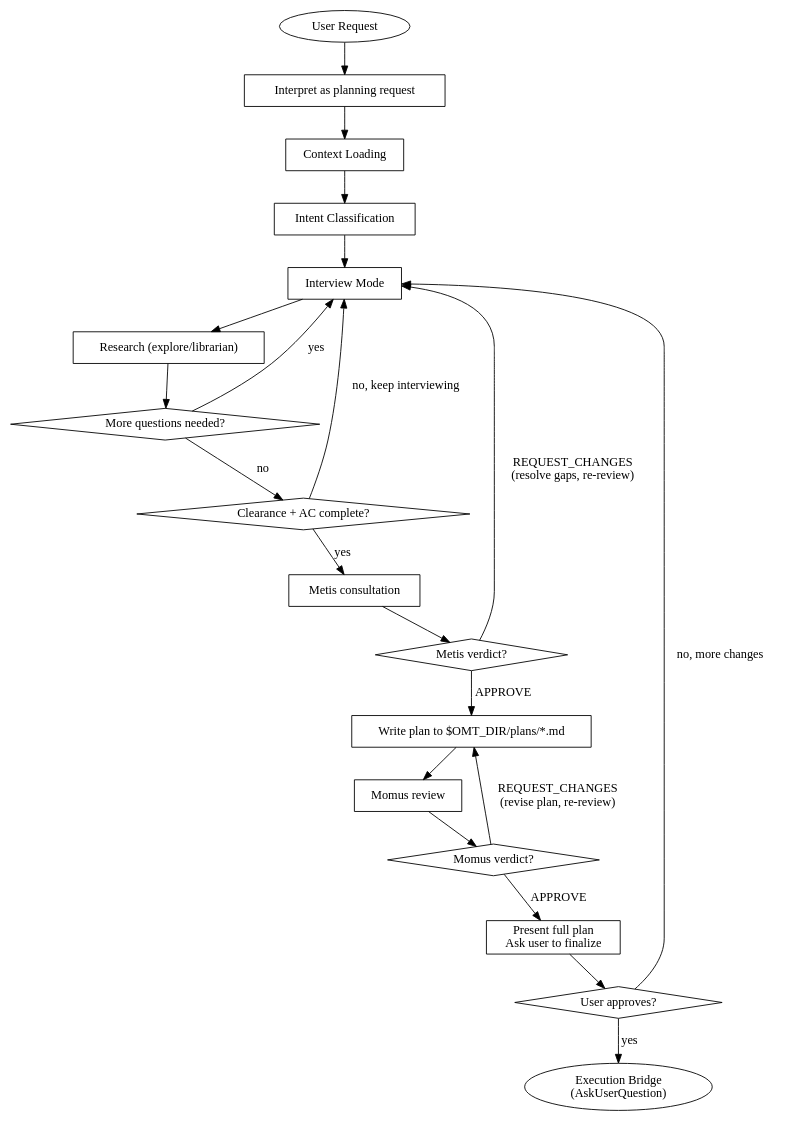
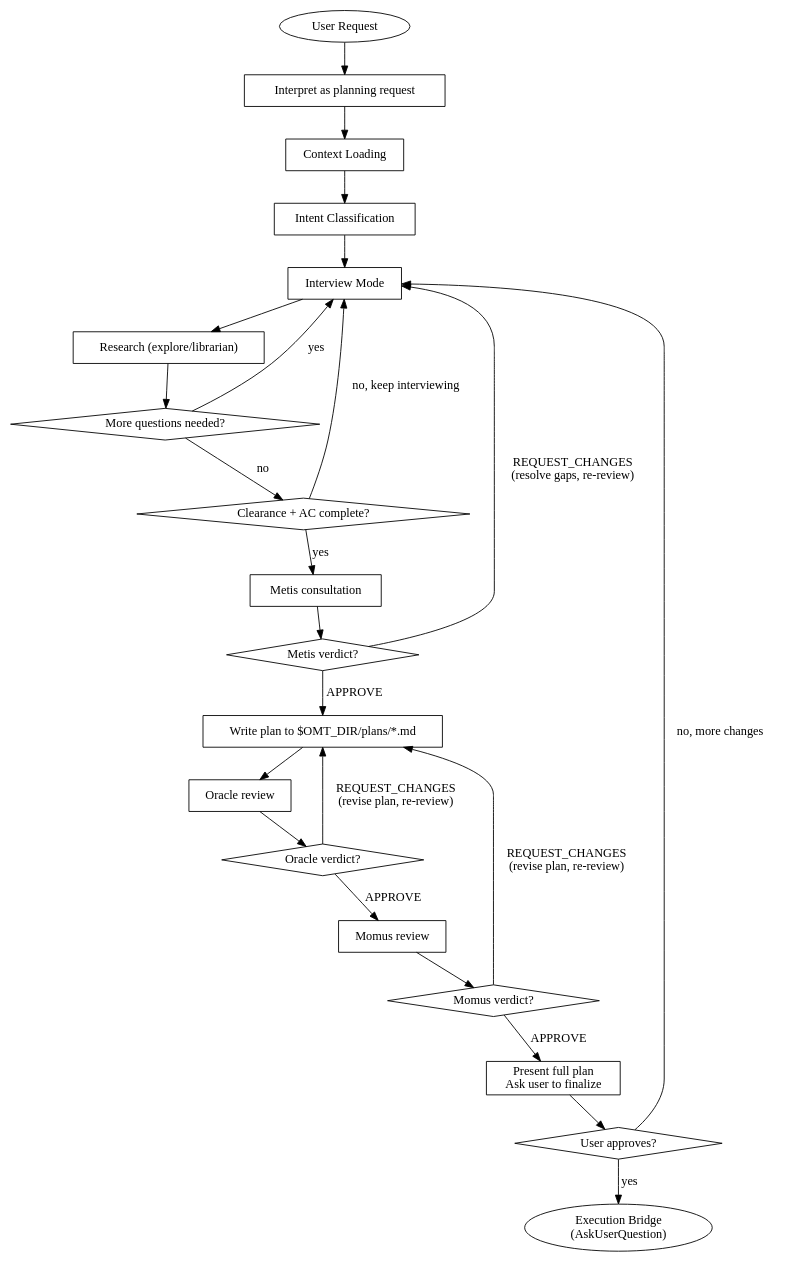
Before and after one commit to toongri/oh-my-toong-playground: the diagram in skills/prometheus/SKILL.md, drawn with Graphviz. The commit also changed other lines of this file, not shown here.

Commit message:
feat: prometheus Oracle 검증 단계 추가

````diff
--- a/skills/prometheus/SKILL.md
+++ b/skills/prometheus/SKILL.md
@@ -51,42 +51,47 @@
 ```dot
 digraph prometheus_flow {
     rankdir=TB;
     "User Request" [shape=ellipse];
     "Interpret as planning request" [shape=box];
     "Context Loading" [shape=box];
     "Intent Classification" [shape=box];
     "Interview Mode" [shape=box];
     "Research (explore/librarian)" [shape=box];
     "More questions needed?" [shape=diamond];
     "Clearance + AC complete?" [shape=diamond];
     "Metis consultation" [shape=box];
     "Metis verdict?" [shape=diamond];
     "Write plan to $OMT_DIR/plans/*.md" [shape=box];
+    "Oracle review" [shape=box];
+    "Oracle verdict?" [shape=diamond];
     "Momus review" [shape=box];
     "Momus verdict?" [shape=diamond];
     "Present full plan\nAsk user to finalize" [shape=box];
     "User approves?" [shape=diamond];
     "Execution Bridge\n(AskUserQuestion)" [shape=ellipse];
 
     "User Request" -> "Interpret as planning request";
     "Interpret as planning request" -> "Context Loading";
     "Context Loading" -> "Intent Classification";
     "Intent Classification" -> "Interview Mode";
     "Interview Mode" -> "Research (explore/librarian)";
     "Research (explore/librarian)" -> "More questions needed?";
     "More questions needed?" -> "Interview Mode" [label="yes"];
     "More questions needed?" -> "Clearance + AC complete?" [label="no"];
     "Clearance + AC complete?" -> "Interview Mode" [label="no, keep interviewing"];
     "Clearance + AC complete?" -> "Metis consultation" [label="yes"];
     "Metis consultation" -> "Metis verdict?";
     "Metis verdict?" -> "Interview Mode" [label="REQUEST_CHANGES\n(resolve gaps, re-review)"];
     "Metis verdict?" -> "Write plan to $OMT_DIR/plans/*.md" [label="APPROVE"];
-    "Write plan to $OMT_DIR/plans/*.md" -> "Momus review";
+    "Write plan to $OMT_DIR/plans/*.md" -> "Oracle review";
+    "Oracle review" -> "Oracle verdict?";
+    "Oracle verdict?" -> "Write plan to $OMT_DIR/plans/*.md" [label="REQUEST_CHANGES\n(revise plan, re-review)"];
+    "Oracle verdict?" -> "Momus review" [label="APPROVE"];
     "Momus review" -> "Momus verdict?";
     "Momus verdict?" -> "Write plan to $OMT_DIR/plans/*.md" [label="REQUEST_CHANGES\n(revise plan, re-review)"];
     "Momus verdict?" -> "Present full plan\nAsk user to finalize" [label="APPROVE"];
     "Present full plan\nAsk user to finalize" -> "User approves?";
     "User approves?" -> "Interview Mode" [label="no, more changes"];
     "User approves?" -> "Execution Bridge\n(AskUserQuestion)" [label="yes"];
 }
 ```
````
